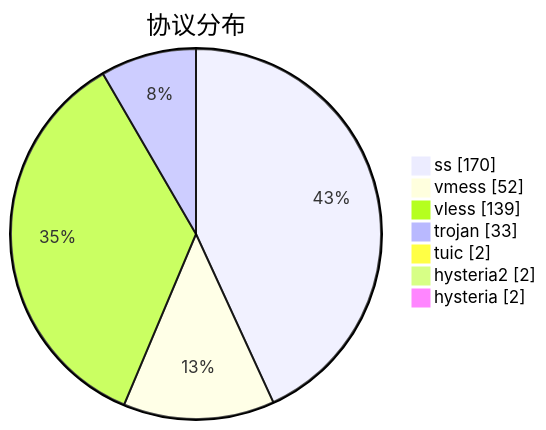
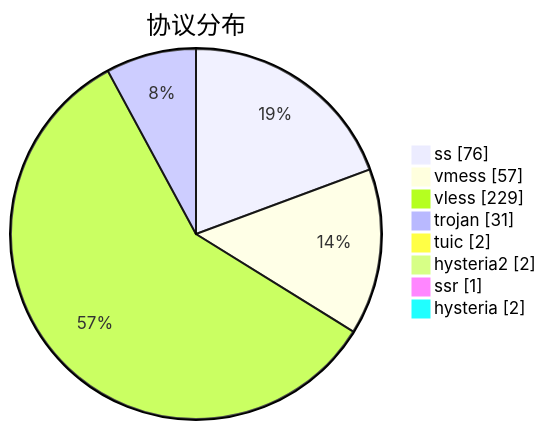
One commit to qjlxg/airport changed the third of 3 diagrams in subs/statistics/tested_within.md. Above: the diagram before and after it, drawn with Mermaid. The commit also changed other lines of this file and 2 other files, not shown here.

````diff
--- a/subs/statistics/tested_within.md
+++ b/subs/statistics/tested_within.md
@@ -32,11 +34,12 @@
 ```mermaid
 pie showData
 title 协议分布
-"ss" : 170
-"vmess" : 52
-"vless" : 139
-"trojan" : 33
+"ss" : 76
+"vmess" : 57
+"vless" : 229
+"trojan" : 31
 "tuic" : 2
 "hysteria2" : 2
+"ssr" : 1
 "hysteria" : 2
 ```
````
